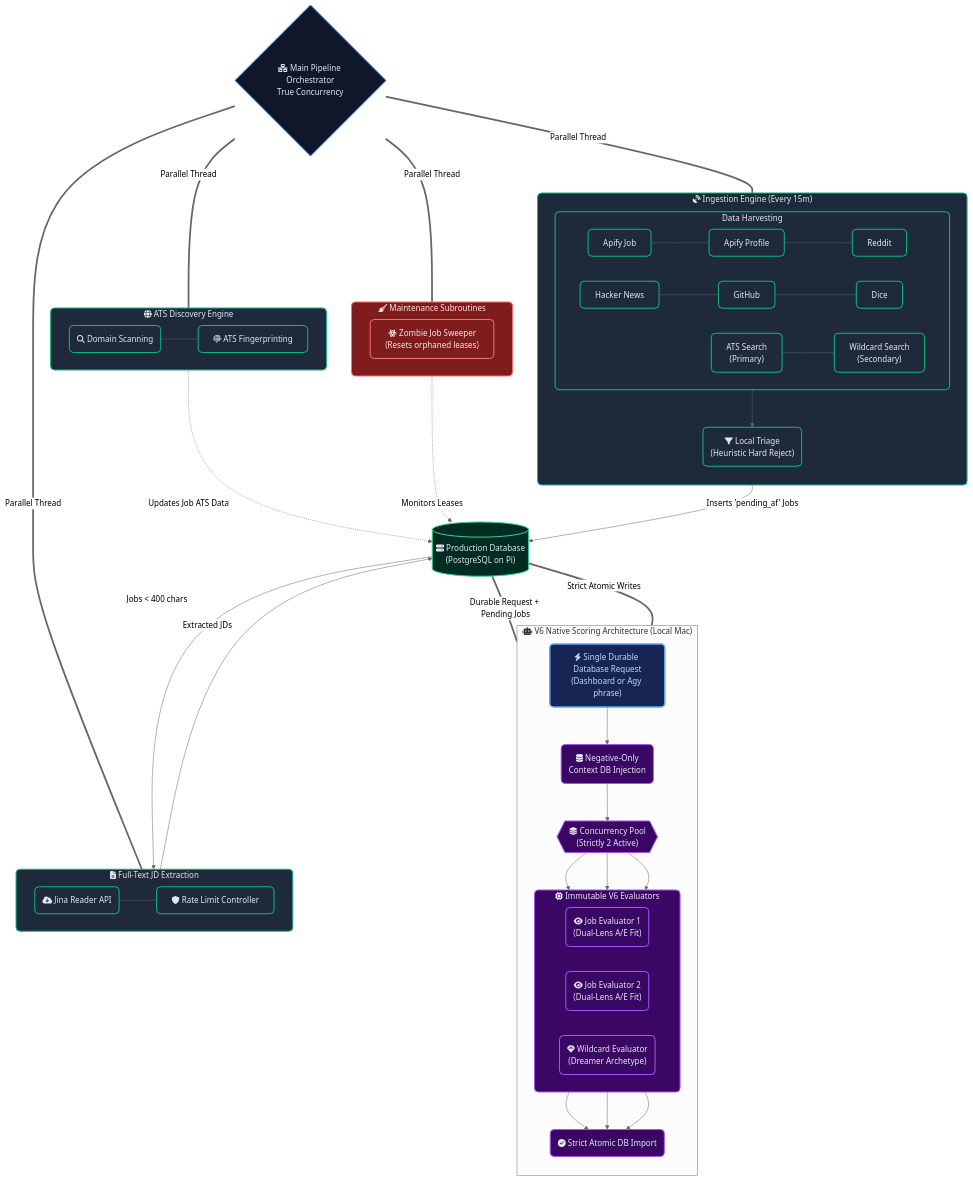
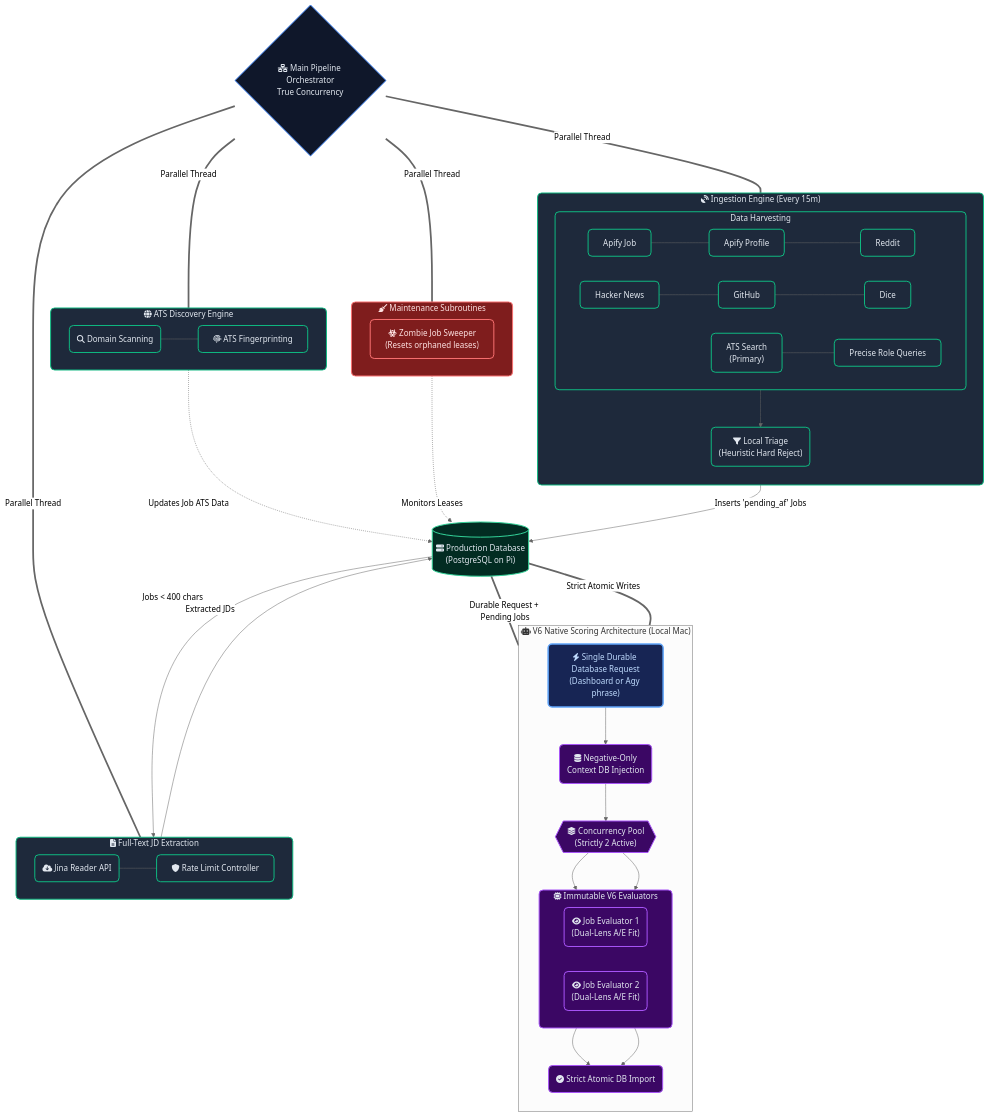
One commit to j85473/career-dashboard changed the diagram in README.md. Above: the diagram before and after it, drawn with Mermaid (neutral theme). The commit also changed other lines of this file and 67 other files, not shown here.

```diff
--- a/README.md
+++ b/README.md
@@ -43,7 +43,7 @@
             direction LR
             I1[Apify Job] --- I2[Apify Profile] --- I3[Reddit]
             I4[Hacker News] --- I5[GitHub] --- I6[Dice]
-            I8["ATS Search<br/>(Primary)"] --- I9["Wildcard Search<br/>(Secondary)"]
+            I8["ATS Search<br/>(Primary)"] --- I9["Precise Role Queries"]
         end
         
         I10("fa:fa-filter Local Triage<br/>(Heuristic Hard Reject)")
@@ -80,16 +80,14 @@
             direction LR
             E1("fa:fa-eye Job Evaluator 1<br/>(Dual-Lens A/E Fit)")
             E2("fa:fa-eye Job Evaluator 2<br/>(Dual-Lens A/E Fit)")
-            W1("fa:fa-gem Wildcard Evaluator<br/>(Dreamer Archetype)")
         end
         
         AGY1 --> AGY4
         AGY4 --> AGY2
         AGY2 --> E1 & E2
-        AGY2 --> W1
-        E1 & E2 & W1 --> AGY5
+        E1 & E2 --> AGY5
     end
-    class AGY,AGY2,AGY4,AGY5,E1,E2,W1,Subagents subagent
+    class AGY,AGY2,AGY4,AGY5,E1,E2,Subagents subagent
     class AGY1 highlight
 
     %% Maintenance & Cleanup
```
